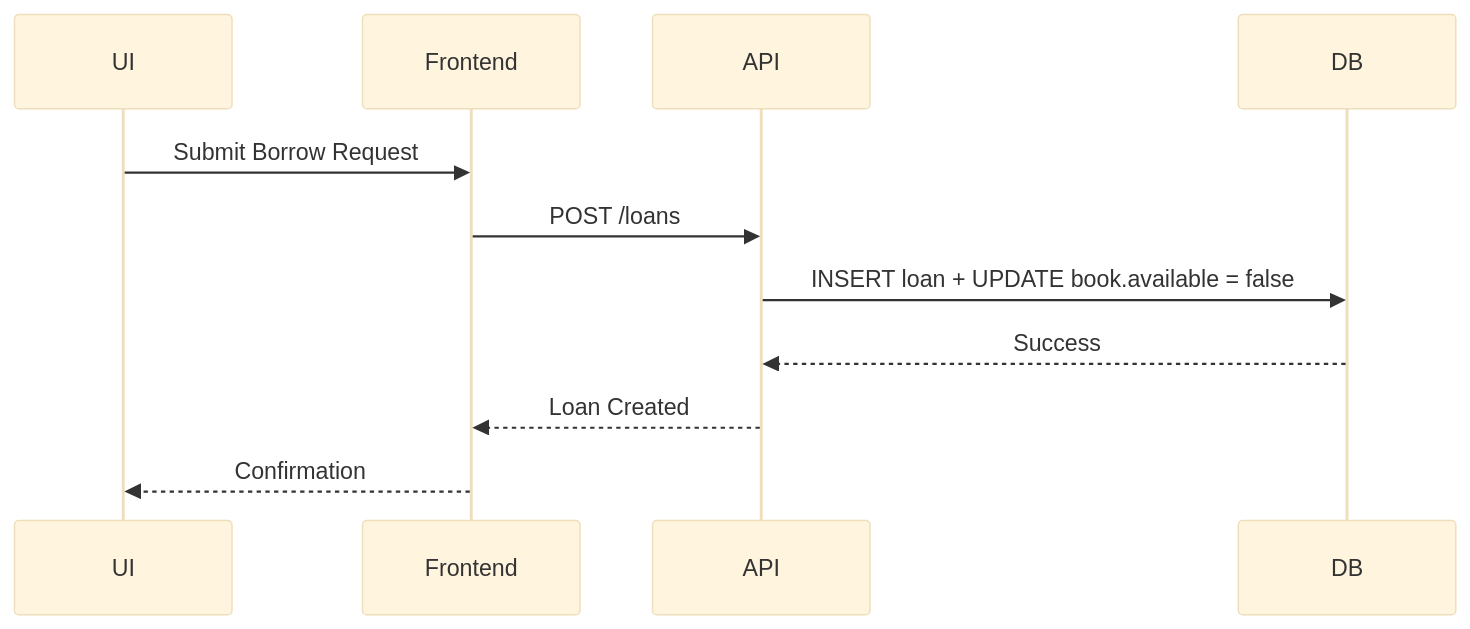
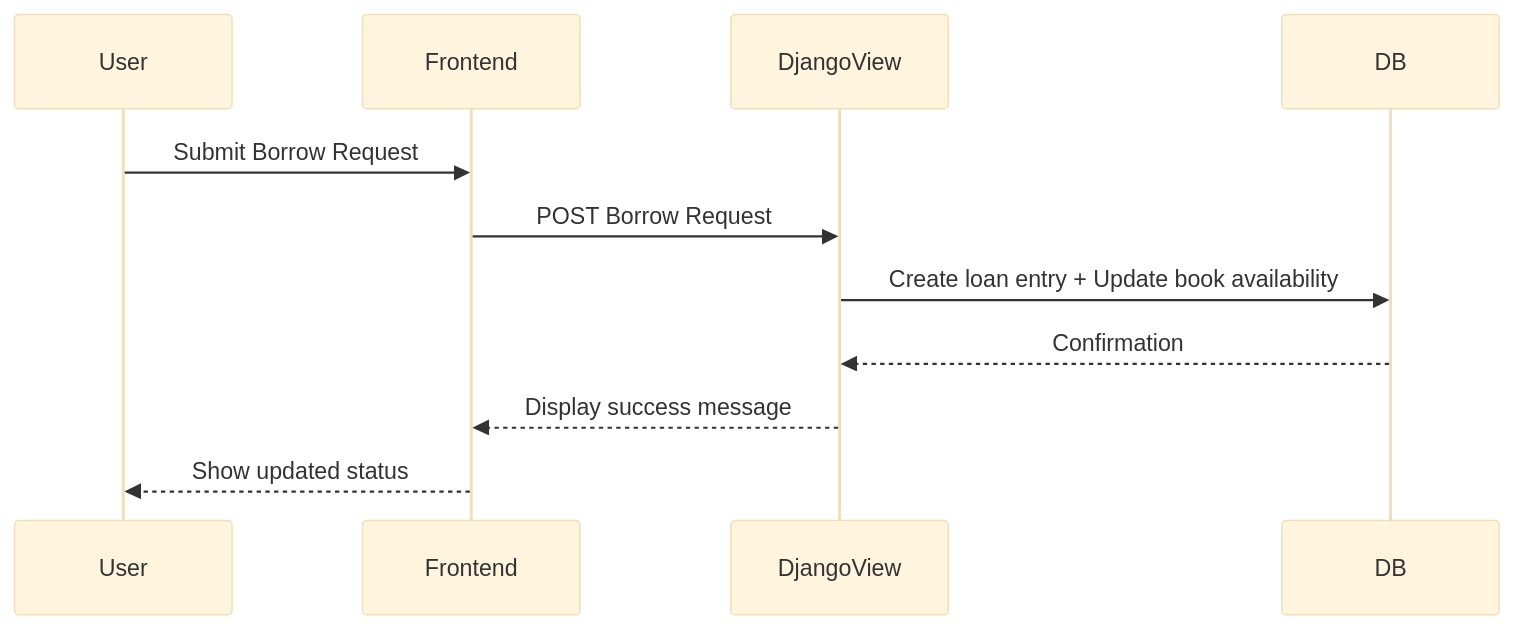
Before and after one commit to JorreJ/holbertonschool-portfolio: the third of 4 diagrams in README.md, drawn with Mermaid (base theme). The commit also changed other lines of this file, not shown here.

````diff
--- a/README.md
+++ b/README.md
@@ -101,14 +96,14 @@
 ```mermaid
 sequenceDiagram
-  participant UI
+  participant User
   participant Frontend
-  participant API
+  participant DjangoView
   participant DB
 
-  UI->>Frontend: Submit Borrow Request
-  Frontend->>API: POST /loans
-  API->>DB: INSERT loan + UPDATE book.available = false
-  DB-->>API: Success
-  API-->>Frontend: Loan Created
-  Frontend-->>UI: Confirmation
+  User->>Frontend: Submit Borrow Request
+  Frontend->>DjangoView: POST Borrow Request
+  DjangoView->>DB: Create loan entry + Update book availability
+  DB-->>DjangoView: Confirmation
+  DjangoView-->>Frontend: Display success message
+  Frontend-->>User: Show updated status
 ```
````
